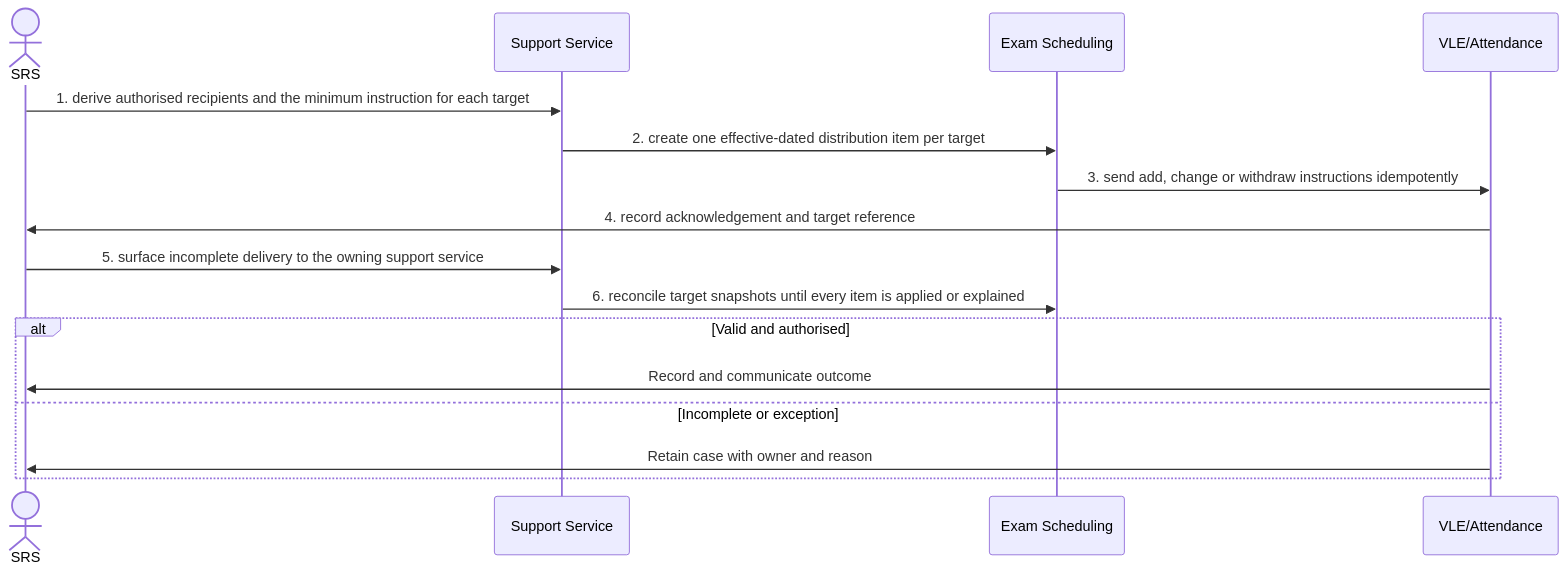
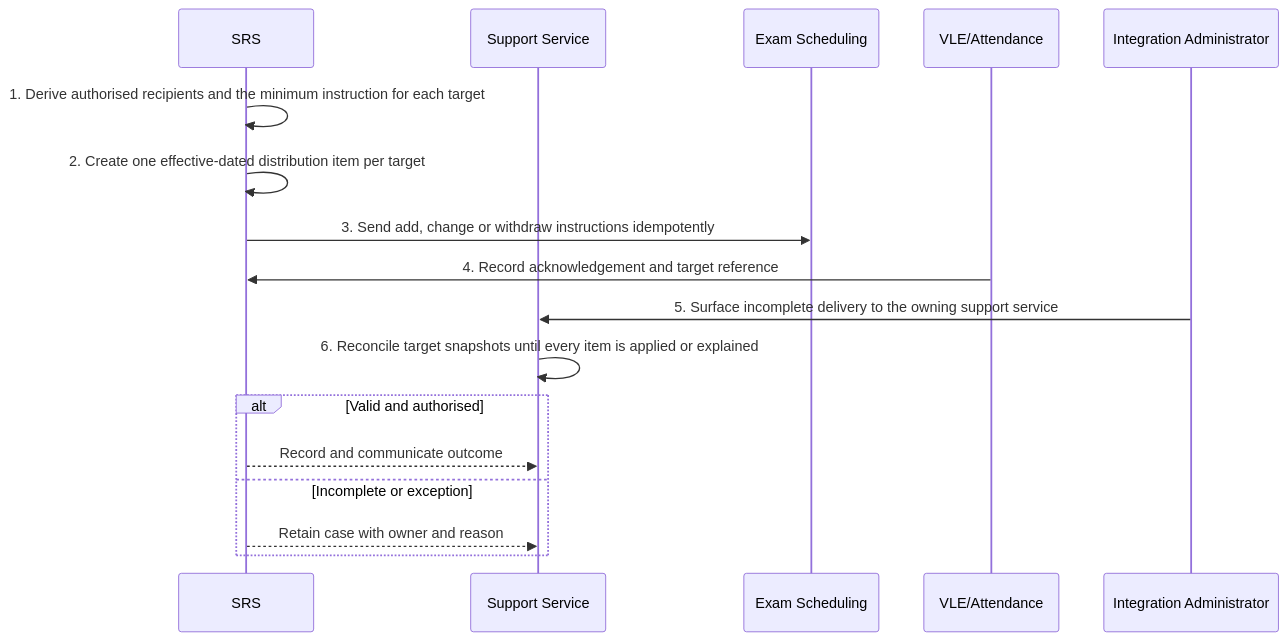
The diagram in docs/business-processes/04-learning-engagement-and-support/bp-04-006-distribute-an-approved-support-outcome.md (RevelationCore/Revelation-SRS), drawn with Mermaid before and after one commit. The commit also changed other lines of this file and 96 other files, not shown here.

````diff
--- a/docs/business-processes/04-learning-engagement-and-support/bp-04-006-distribute-an-approved-support-outcome.md
+++ b/docs/business-processes/04-learning-engagement-and-support/bp-04-006-distribute-an-approved-support-outcome.md
@@ -159,18 +159,20 @@
 ```mermaid
 sequenceDiagram
-    actor A1 as SRS
-    participant A2 as Support Service
-    participant A3 as Exam Scheduling
-    participant A4 as VLE/Attendance
-    A1->>A2: 1. derive authorised recipients and the minimum instruction for each target
-    A2->>A3: 2. create one effective-dated distribution item per target
-    A3->>A4: 3. send add, change or withdraw instructions idempotently
-    A4->>A1: 4. record acknowledgement and target reference
-    A1->>A2: 5. surface incomplete delivery to the owning support service
-    A2->>A3: 6. reconcile target snapshots until every item is applied or explained
+    participant SRS
+    participant Support as Support Service
+    participant Exam as Exam Scheduling
+    participant VLE as VLE/Attendance
+    participant IntAdmin as Integration Administrator
+
+    SRS->>SRS: 1. Derive authorised recipients and the minimum instruction for each target
+    SRS->>SRS: 2. Create one effective-dated distribution item per target
+    SRS->>Exam: 3. Send add, change or withdraw instructions idempotently
+    VLE->>SRS: 4. Record acknowledgement and target reference
+    IntAdmin->>Support: 5. Surface incomplete delivery to the owning support service
+    Support->>Support: 6. Reconcile target snapshots until every item is applied or explained
     alt Valid and authorised
-        A4->>A1: Record and communicate outcome
+        SRS-->>Support: Record and communicate outcome
     else Incomplete or exception
-        A4->>A1: Retain case with owner and reason
+        SRS-->>Support: Retain case with owner and reason
     end
 ```
````
